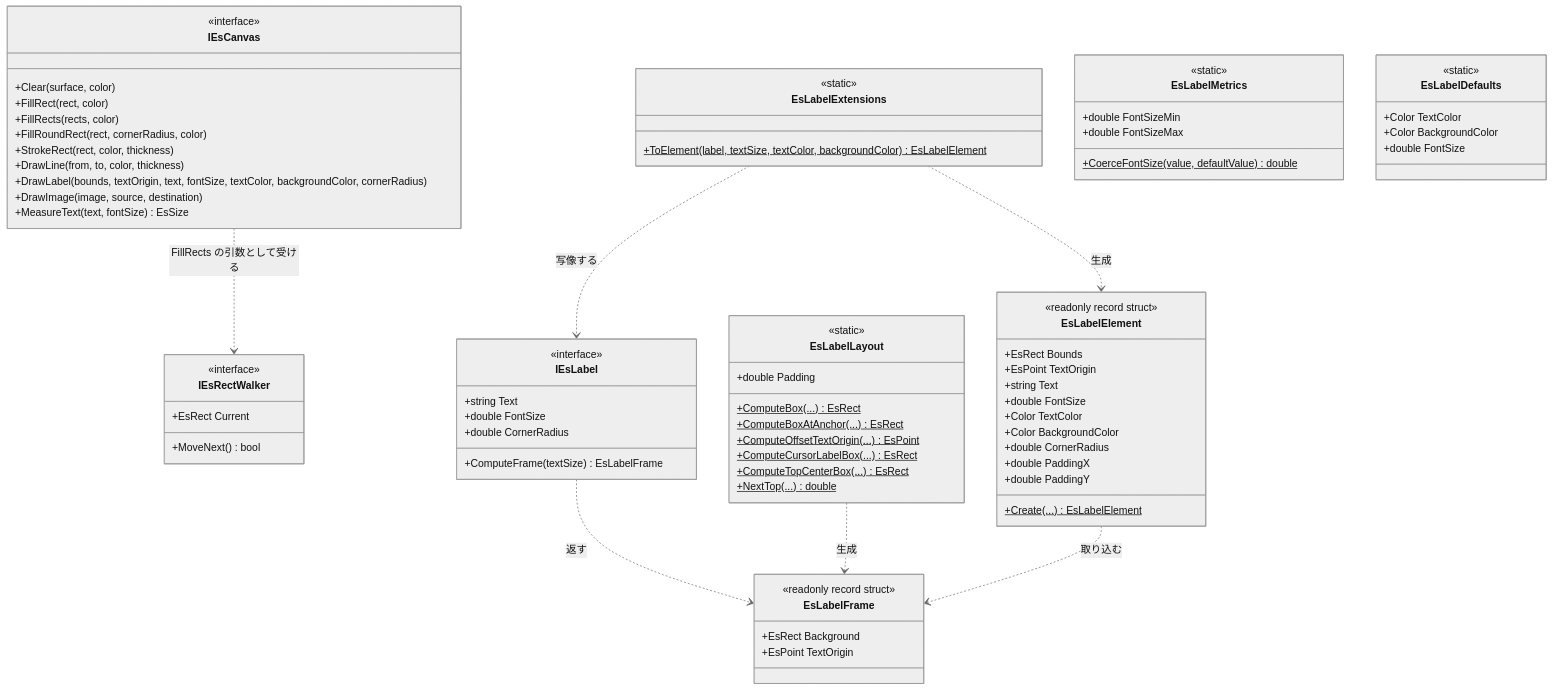
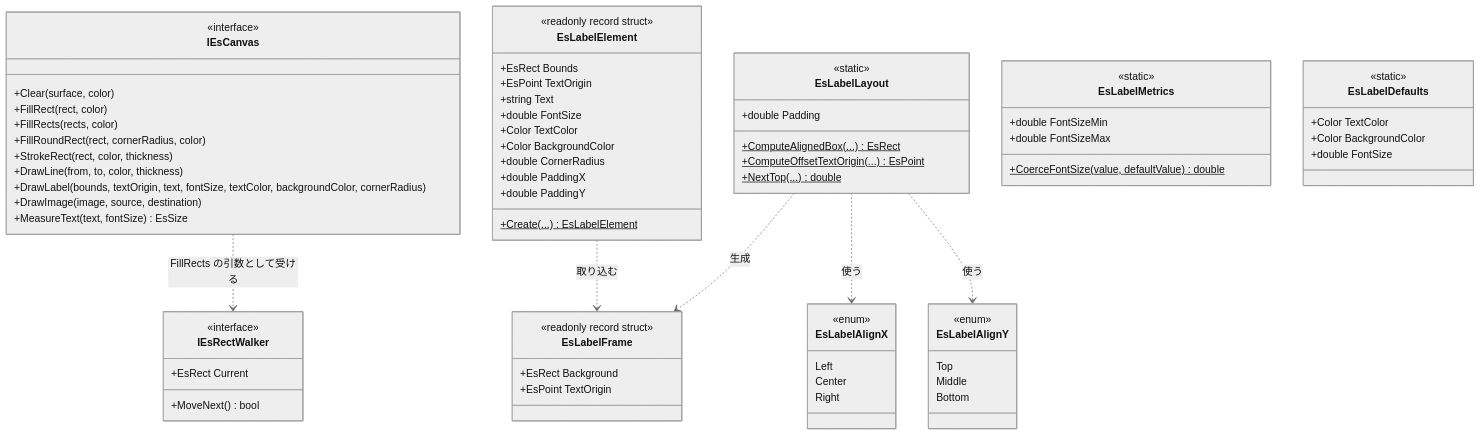
The second of 3 diagrams in src/Common/SPEC_System.md (tomokuni/SaveEvidence), drawn with Mermaid (neutral theme) before and after one commit. The commit also changed other lines of this file and 100 other files, not shown here.

````diff
--- a/src/Common/SPEC_System.md
+++ b/src/Common/SPEC_System.md
@@ -61,78 +62,75 @@
 ```mermaid
 classDiagram
   class IEsCanvas {
     <<interface>>
     +Clear(surface, color)
     +FillRect(rect, color)
     +FillRects(rects, color)
     +FillRoundRect(rect, cornerRadius, color)
     +StrokeRect(rect, color, thickness)
     +DrawLine(from, to, color, thickness)
     +DrawLabel(bounds, textOrigin, text, fontSize, textColor, backgroundColor, cornerRadius)
     +DrawImage(image, source, destination)
     +MeasureText(text, fontSize) EsSize
   }
   class IEsRectWalker {
     <<interface>>
     +MoveNext() bool
     +EsRect Current
-  }
-  class IEsLabel {
-    <<interface>>
-    +string Text
-    +double FontSize
-    +double CornerRadius
-    +ComputeFrame(textSize) EsLabelFrame
   }
   class EsLabelFrame {
     <<readonly record struct>>
     +EsRect Background
     +EsPoint TextOrigin
   }
   class EsLabelElement {
     <<readonly record struct>>
     +EsRect Bounds
     +EsPoint TextOrigin
     +string Text
     +double FontSize
     +Color TextColor
     +Color BackgroundColor
     +double CornerRadius
     +double PaddingX
     +double PaddingY
     +Create(...)$ EsLabelElement
   }
   class EsLabelLayout {
     <<static>>
     +double Padding
-    +ComputeBox(...)$ EsRect
-    +ComputeBoxAtAnchor(...)$ EsRect
+    +ComputeAlignedBox(...)$ EsRect
     +ComputeOffsetTextOrigin(...)$ EsPoint
-    +ComputeCursorLabelBox(...)$ EsRect
-    +ComputeTopCenterBox(...)$ EsRect
     +NextTop(...)$ double
   }
-  class EsLabelExtensions {
-    <<static>>
-    +ToElement(label, textSize, textColor, backgroundColor)$ EsLabelElement
+  class EsLabelAlignX {
+    <<enum>>
+    Left
+    Center
+    Right
+  }
+  class EsLabelAlignY {
+    <<enum>>
+    Top
+    Middle
+    Bottom
   }
   class EsLabelMetrics {
     <<static>>
     +double FontSizeMin
     +double FontSizeMax
     +CoerceFontSize(value, defaultValue)$ double
   }
   class EsLabelDefaults {
     <<static>>
     +Color TextColor
     +Color BackgroundColor
     +double FontSize
   }
 
   IEsCanvas ..> IEsRectWalker : FillRects の引数として受ける
-  IEsLabel ..> EsLabelFrame : 返す
-  EsLabelExtensions ..> IEsLabel : 写像する
-  EsLabelExtensions ..> EsLabelElement : 生成
   EsLabelLayout ..> EsLabelFrame : 生成
+  EsLabelLayout ..> EsLabelAlignX : 使う
+  EsLabelLayout ..> EsLabelAlignY : 使う
   EsLabelElement ..> EsLabelFrame : 取り込む
 ```
````
